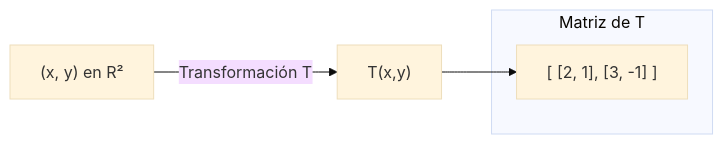
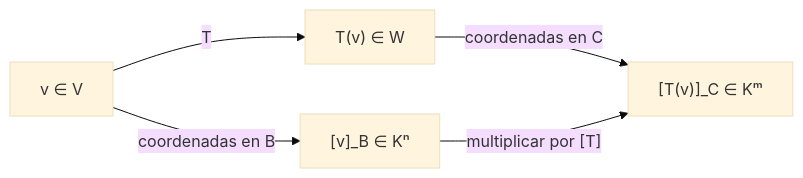
One commit to djaimej/computer-science-template changed the diagram in public/documents/semester-3/1/3142.md. Above: the diagram before and after it, drawn with Mermaid (base theme). The commit also changed other lines of this file and 34 other files, not shown here.

````diff
--- a/public/documents/semester-3/1/3142.md
+++ b/public/documents/semester-3/1/3142.md
@@ -75,8 +87,7 @@
 ```mermaid
 graph LR
-    A["(x, y) en R²"] -->|Transformación T| B["T(x,y)"]
-    subgraph "Matriz de T"
-    M["[ [2, 1], [3, -1] ]"]
-    end
-    B --> M
+    V["v ∈ V"] -->|T| TV["T(v) ∈ W"]
+    V -->|coordenadas en B| CV["[v]_B ∈ Kⁿ"]
+    TV -->|coordenadas en C| CTV["[T(v)]_C ∈ Kᵐ"]
+    CV -->|"multiplicar por [T]"| CTV
 ```
````
